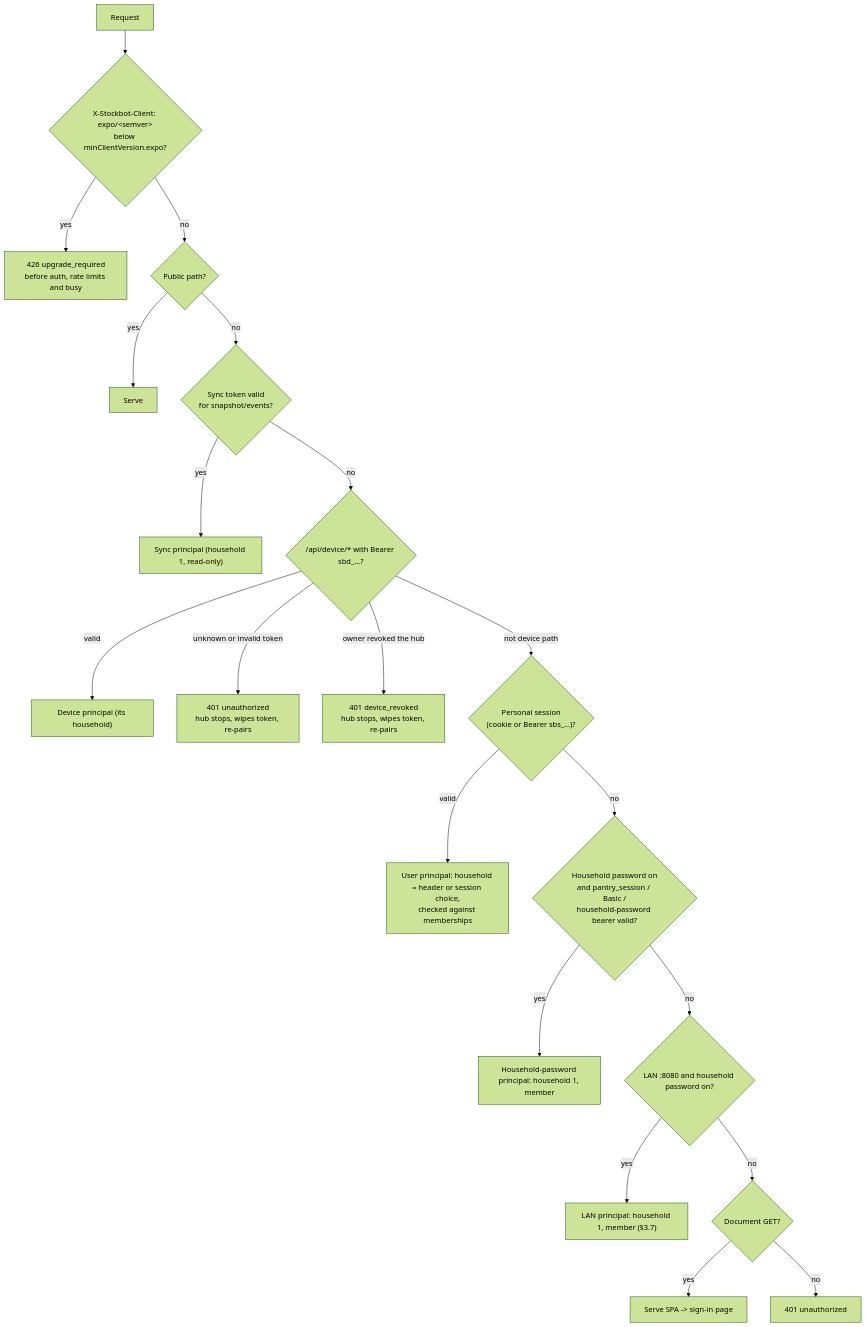
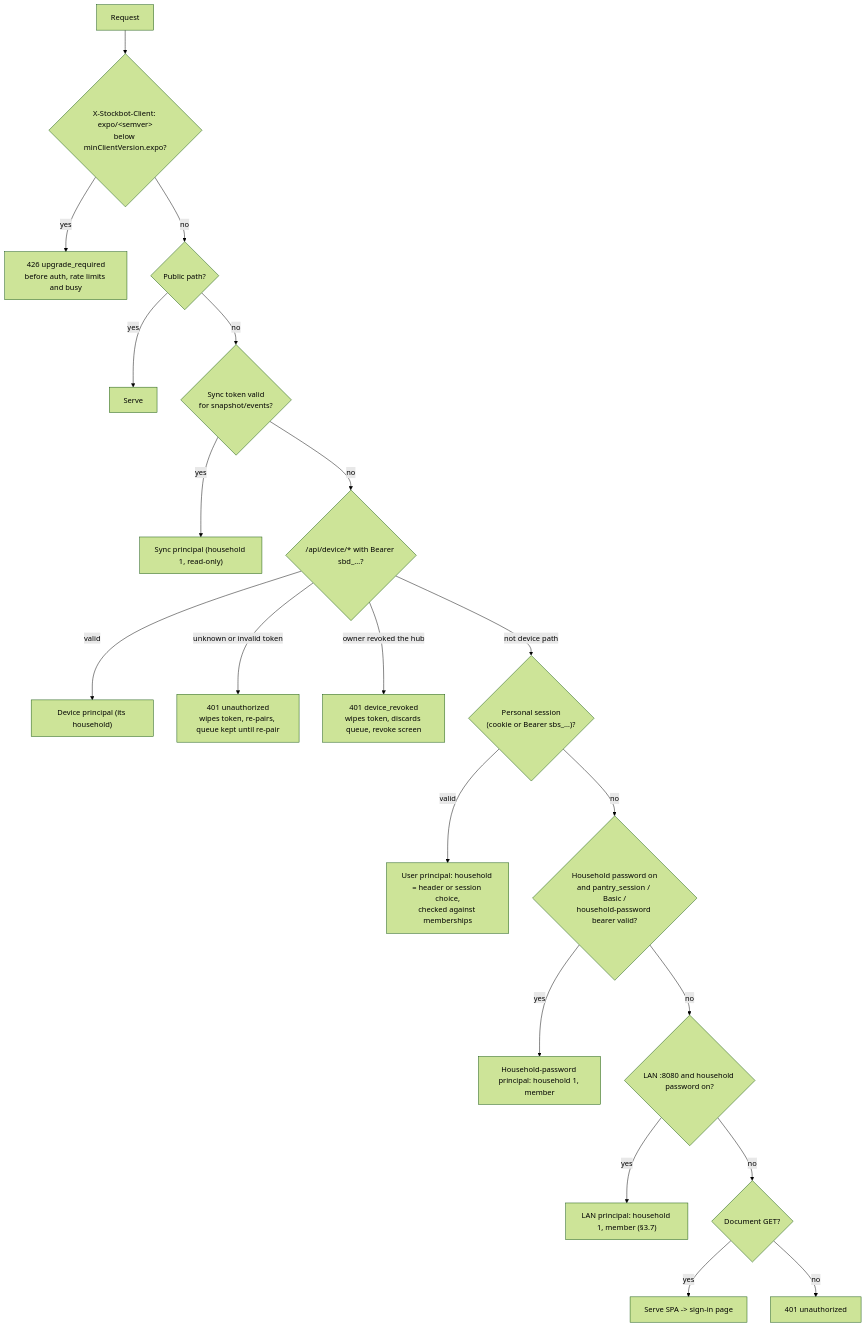
One commit to Rhionin/stockbot changed the fourth of 9 diagrams in docs/design/multi-household-staged.md. Above: the diagram before and after it, drawn with Mermaid (forest theme). The commit also changed other lines of this file and 30 other files, not shown here.

````diff
--- a/docs/design/multi-household-staged.md
+++ b/docs/design/multi-household-staged.md
@@ -238,22 +238,22 @@
 ```mermaid
 flowchart TD
   R[Request] --> VG{"X-Stockbot-Client: expo/&lt;semver&gt;<br/>below minClientVersion.expo?"}
   VG -->|yes| E426["426 upgrade_required<br/>before auth, rate limits and busy"]
   VG -->|no| P{Public path?}
   P -->|yes| OK[Serve]
   P -->|no| SY{Sync token valid<br/>for snapshot/events?}
   SY -->|yes| SYNC["Sync principal (household 1, read-only)"]
   SY -->|no| DV{"/api/device/* with Bearer sbd_…?"}
   DV -->|valid| DEV["Device principal (its household)"]
-  DV -->|unknown or invalid token| E401["401 unauthorized<br/>hub stops, wipes token, re-pairs"]
-  DV -->|owner revoked the hub| EREV["401 device_revoked<br/>hub stops, wipes token, re-pairs"]
+  DV -->|unknown or invalid token| E401["401 unauthorized<br/>wipes token, re-pairs, queue kept until re-pair"]
+  DV -->|owner revoked the hub| EREV["401 device_revoked<br/>wipes token, discards queue, revoke screen"]
   DV -->|not device path| PS{"Personal session<br/>(cookie or Bearer sbs_…)?"}
   PS -->|valid| USER["User principal: household = header or session choice,<br/>checked against memberships"]
   PS -->|no| LG{"Household password on<br/>and pantry_session / Basic /<br/>household-password bearer valid?"}
   LG -->|yes| LEG["Household-password principal: household 1, member"]
   LG -->|no| LAN{"LAN :8080 and household password on?"}
   LAN -->|yes| LANP["LAN principal: household 1, member (§3.7)"]
   LAN -->|no| DOC{Document GET?}
   DOC -->|yes| SPA[Serve SPA -> sign-in page]
   DOC -->|no| U401[401 unauthorized]
 ```
````
